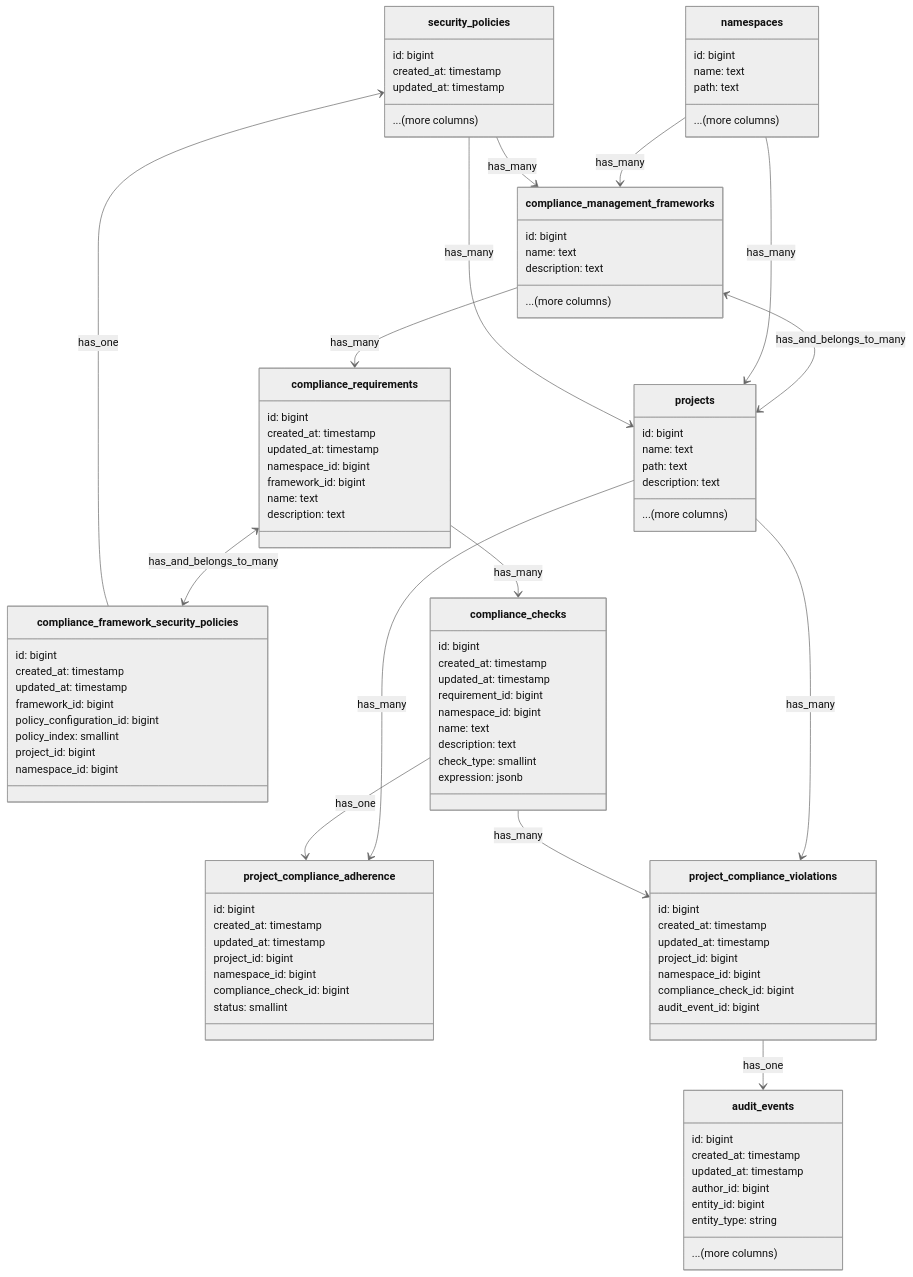
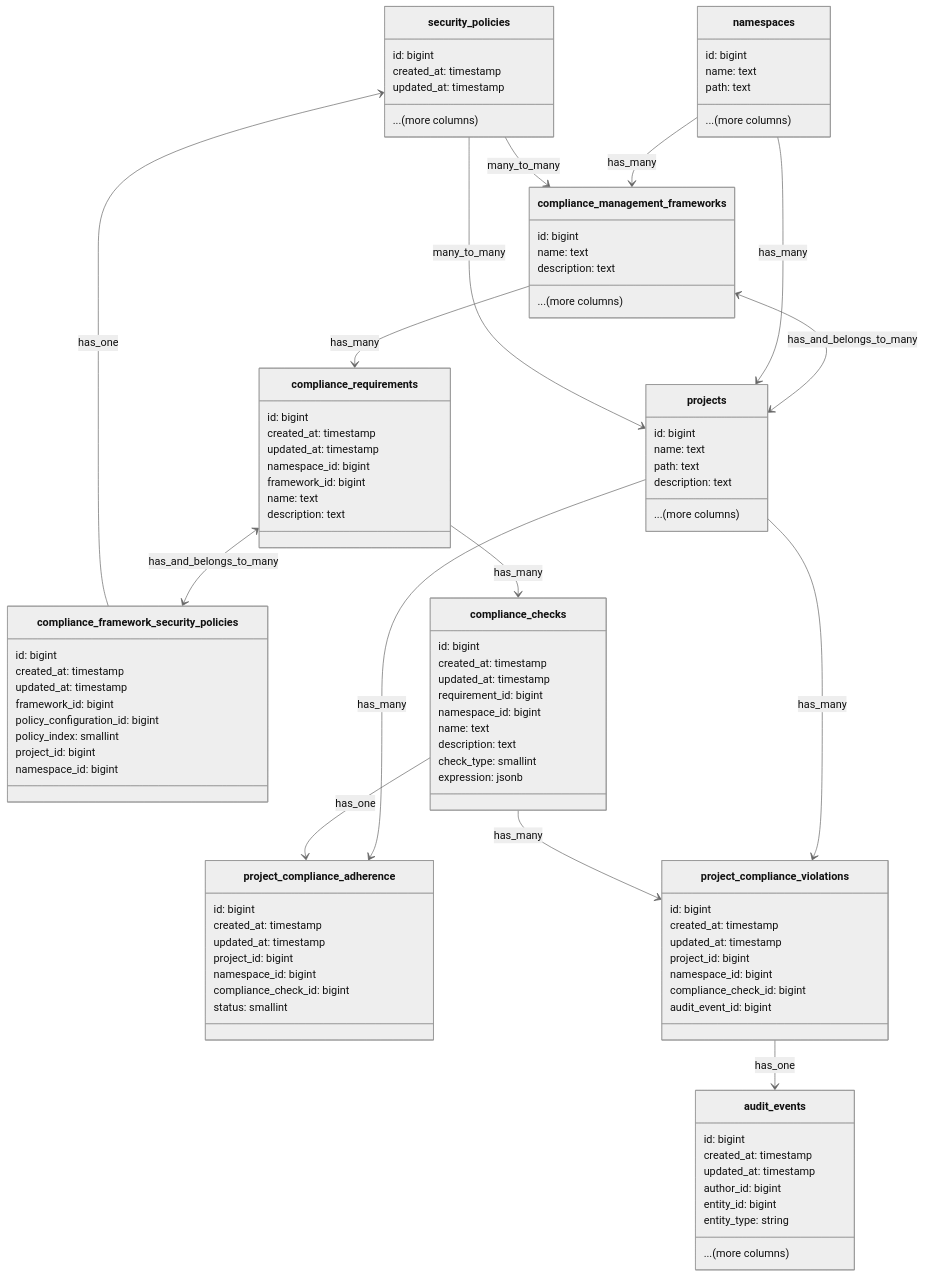
One commit to moliver28/research-handbook changed the diagram in content/handbook/engineering/architecture/design-documents/compliance-frameworks/decisions/004_violation_as_audit_events.md. Above: the diagram before and after it, drawn with Mermaid (neutral theme).

````diff
--- a/content/handbook/engineering/architecture/design-documents/compliance-frameworks/decisions/004_violation_as_audit_events.md
+++ b/content/handbook/engineering/architecture/design-documents/compliance-frameworks/decisions/004_violation_as_audit_events.md
@@ -123,7 +123,7 @@
 projects --> project_compliance_violations : has_many
 compliance_checks --> project_compliance_violations : has_many
 project_compliance_violations --> audit_events : has_one
-security_policies --> projects : has_many
-security_policies --> compliance_management_frameworks : has_many
+security_policies --> projects : many_to_many
+security_policies --> compliance_management_frameworks : many_to_many
 security_policies <-- compliance_framework_security_policies : has_one
 ```
````
